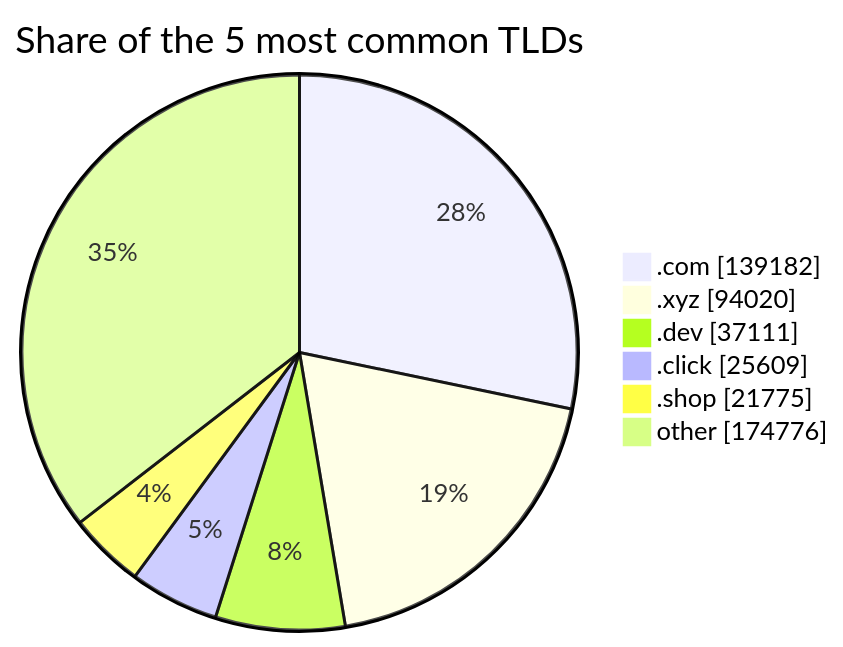
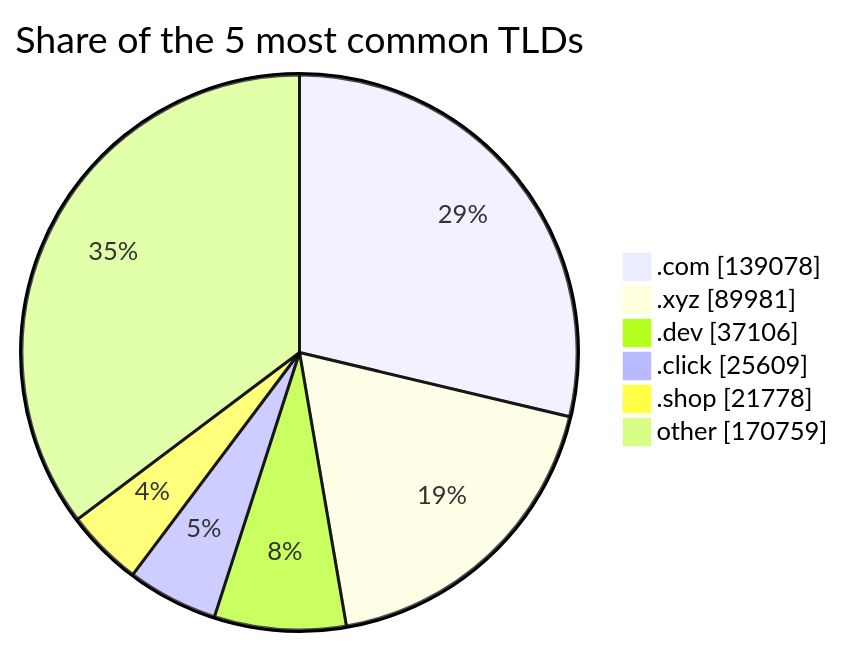
The third of 3 diagrams in README.md (DNSBunker/CTI), drawn with Mermaid before and after one commit. The commit also changed other lines of this file and 3 other files, not shown here.

````diff
--- a/README.md
+++ b/README.md
@@ -81,9 +81,9 @@
 ```mermaid
 pie showData title Share of the 5 most common TLDs
-    ".com" : 139182
-    ".xyz" : 94020
-    ".dev" : 37111
+    ".com" : 139078
+    ".xyz" : 89981
+    ".dev" : 37106
     ".click" : 25609
-    ".shop" : 21775
-    "other" : 174776
+    ".shop" : 21778
+    "other" : 170759
 ```
````
